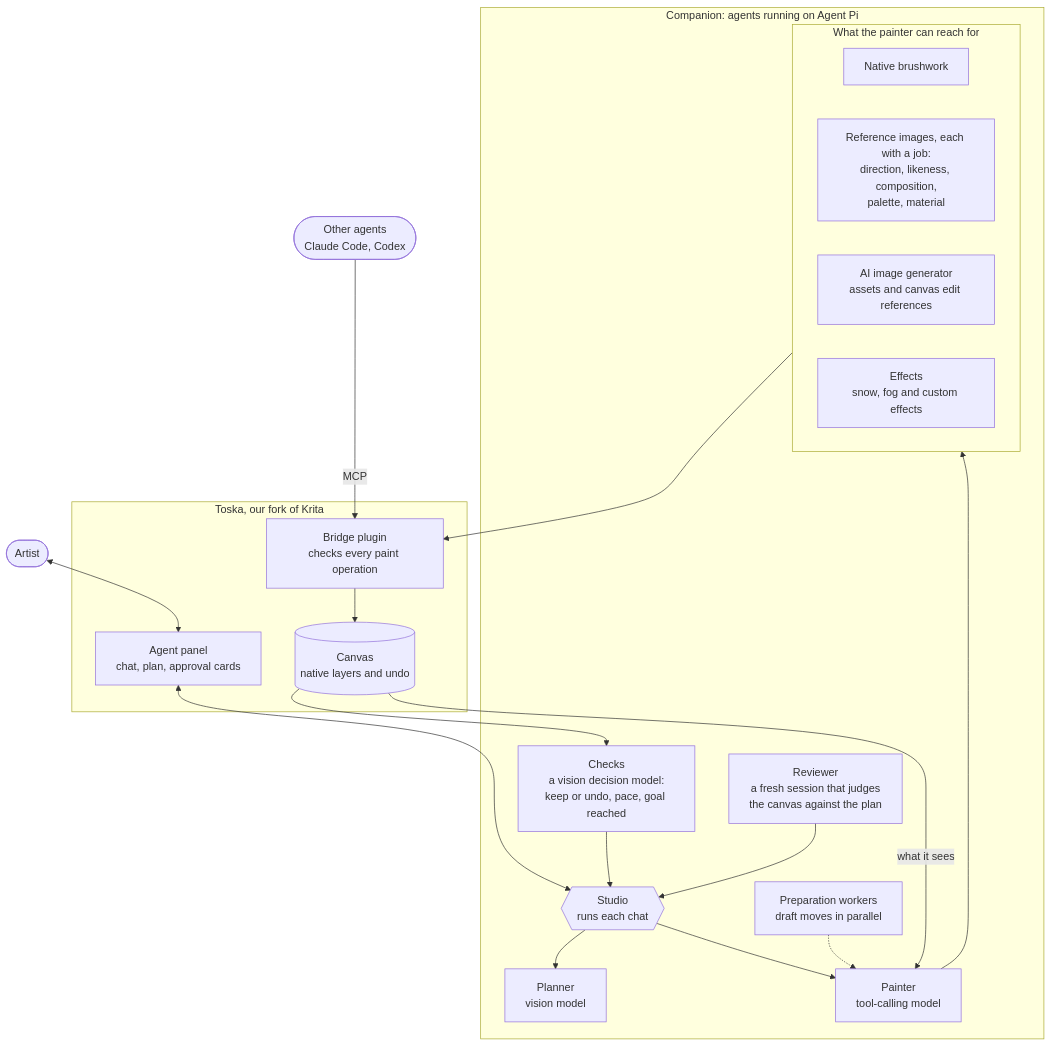
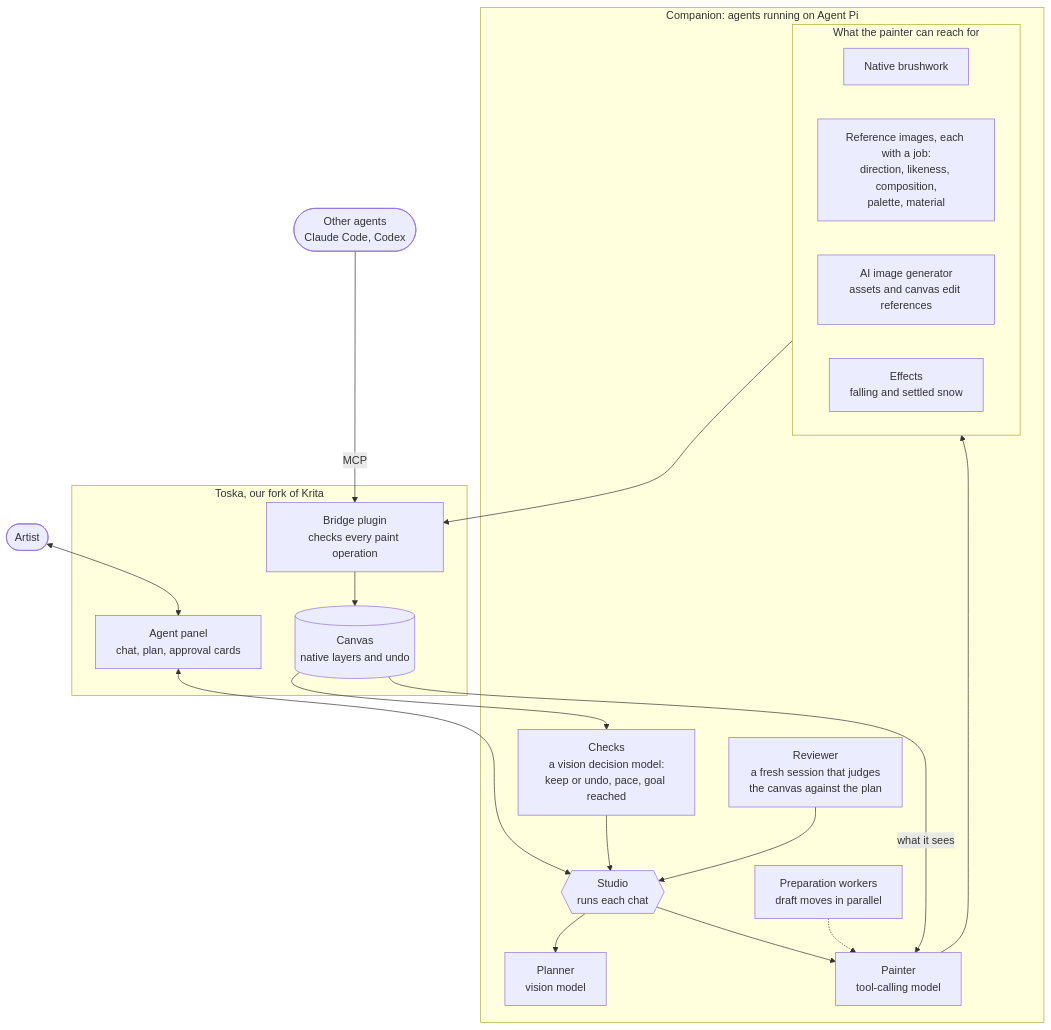
One commit to yak1234/krita-creative-agent changed the diagram in creative-agent/krita-creative-agent/public-repo/README.md. Above: the diagram before and after it, drawn with Mermaid.

Commit message:
README diagram: effects as shipped today (snow); fog and custom effects join when they ship

````diff
--- a/creative-agent/krita-creative-agent/public-repo/README.md
+++ b/creative-agent/krita-creative-agent/public-repo/README.md
@@ -30,40 +30,40 @@
 ```mermaid
 flowchart TB
   artist(["Artist"])
   outside(["Other agents<br/>Claude Code, Codex"])
 
   subgraph toska["Toska, our fork of Krita"]
     panel["Agent panel<br/>chat, plan, approval cards"]
     bridge["Bridge plugin<br/>checks every paint operation"]
     canvas[("Canvas<br/>native layers and undo")]
     bridge --> canvas
   end
 
   subgraph pi["Companion: agents running on Agent Pi"]
     studio{{"Studio<br/>runs each chat"}}
     planner["Planner<br/>vision model"]
     painter["Painter<br/>tool-calling model"]
     prep["Preparation workers<br/>draft moves in parallel"]
     reviewer["Reviewer<br/>a fresh session that judges<br/>the canvas against the plan"]
     checks["Checks<br/>a vision decision model:<br/>keep or undo, pace, goal reached"]
     subgraph kit["What the painter can reach for"]
       brushes["Native brushwork"]
       refs["Reference images, each with a job:<br/>direction, likeness, composition,<br/>palette, material"]
       images["AI image generator<br/>assets and canvas edit references"]
-      effects["Effects<br/>snow, fog and custom effects"]
+      effects["Effects<br/>falling and settled snow"]
     end
   end
 
   artist <--> panel
   panel <--> studio
   studio --> planner
   studio --> painter
   prep -.-> painter
   painter --> kit
   kit --> bridge
   canvas -- "what it sees" --> painter
   canvas --> checks
   checks --> studio
   reviewer --> studio
   outside -- MCP --> bridge
 ```
````
